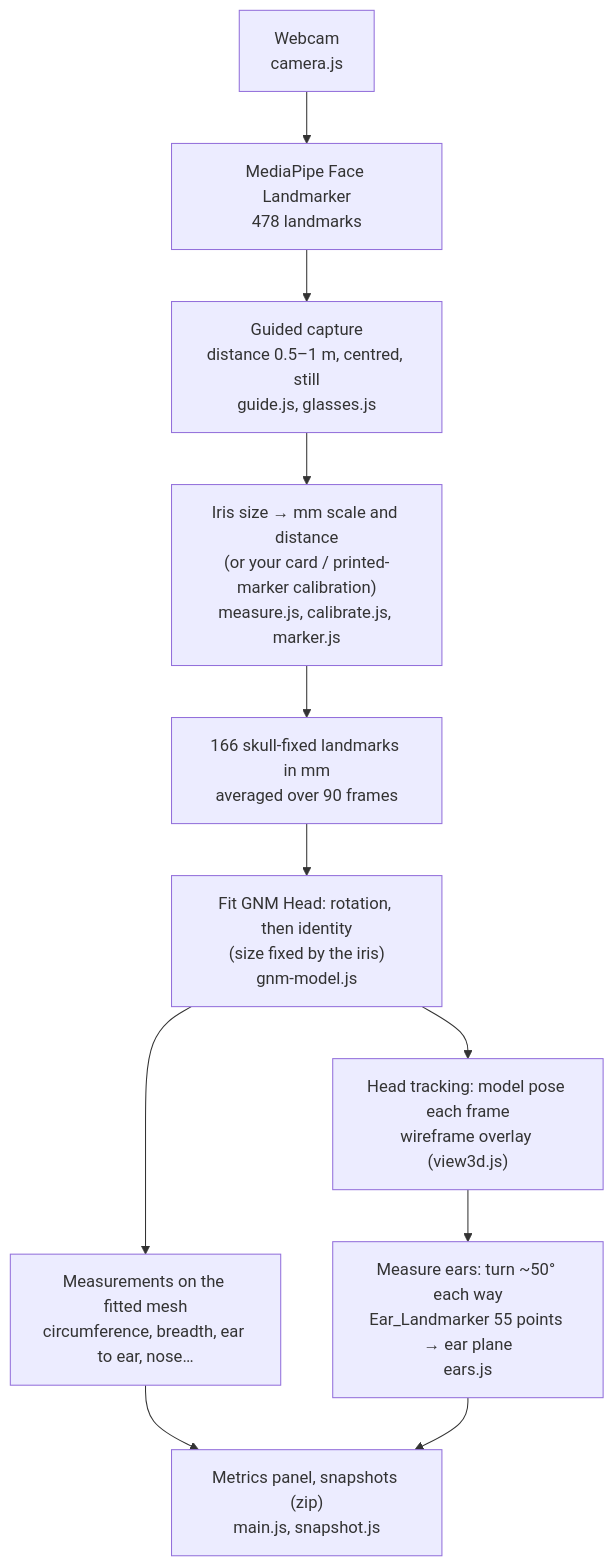
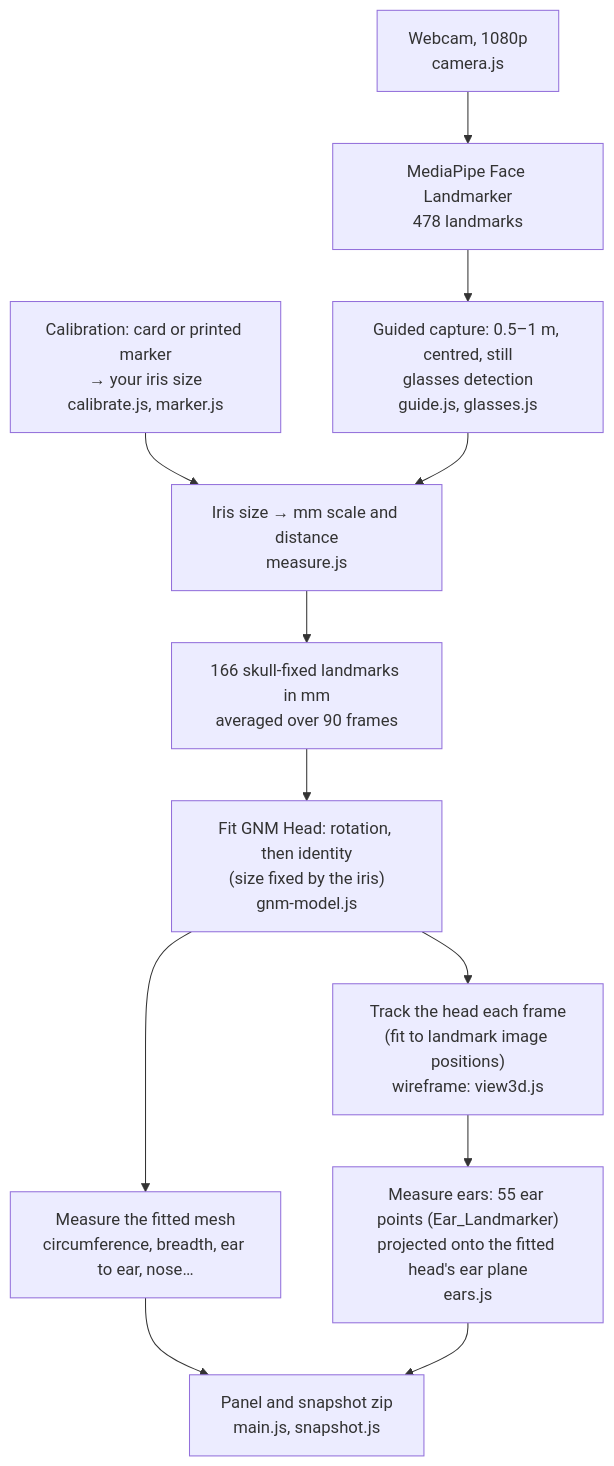
One commit to shameem4/headSize-gnm changed the diagram in README.md. Above: the diagram before and after it, drawn with Mermaid. The commit also changed other lines of this file and 14 other files, not shown here.

````diff
--- a/README.md
+++ b/README.md
@@ -24,13 +45,14 @@
 ```mermaid
 flowchart TD
-    CAM["Webcam<br/>camera.js"] --> MP["MediaPipe Face Landmarker<br/>478 landmarks"]
-    MP --> GUIDE["Guided capture<br/>distance 0.5–1 m, centred, still<br/>guide.js, glasses.js"]
-    GUIDE --> IRIS["Iris size → mm scale and distance<br/>(or your card / printed-marker calibration)<br/>measure.js, calibrate.js, marker.js"]
-    IRIS --> PTS["166 skull-fixed landmarks in mm<br/>averaged over 90 frames"]
+    CAM["Webcam, 1080p<br/>camera.js"] --> MP["MediaPipe Face Landmarker<br/>478 landmarks"]
+    MP --> GUIDE["Guided capture: 0.5–1 m, centred, still<br/>glasses detection<br/>guide.js, glasses.js"]
+    CAL["Calibration: card or printed marker<br/>→ your iris size<br/>calibrate.js, marker.js"] --> SCALE
+    GUIDE --> SCALE["Iris size → mm scale and distance<br/>measure.js"]
+    SCALE --> PTS["166 skull-fixed landmarks in mm<br/>averaged over 90 frames"]
     PTS --> FIT["Fit GNM Head: rotation, then identity<br/>(size fixed by the iris)<br/>gnm-model.js"]
-    FIT --> MEAS["Measurements on the fitted mesh<br/>circumference, breadth, ear to ear, nose…"]
-    FIT --> TRACK["Head tracking: model pose each frame<br/>wireframe overlay (view3d.js)"]
-    TRACK --> EARS["Measure ears: turn ~50° each way<br/>Ear_Landmarker 55 points → ear plane<br/>ears.js"]
-    MEAS --> PANEL["Metrics panel, snapshots (zip)<br/>main.js, snapshot.js"]
-    EARS --> PANEL
+    FIT --> MEAS["Measure the fitted mesh<br/>circumference, breadth, ear to ear, nose…"]
+    FIT --> TRACK["Track the head each frame<br/>(fit to landmark image positions)<br/>wireframe: view3d.js"]
+    TRACK --> EARS["Measure ears: 55 ear points (Ear_Landmarker)<br/>projected onto the fitted head's ear plane<br/>ears.js"]
+    MEAS --> OUT["Panel and snapshot zip<br/>main.js, snapshot.js"]
+    EARS --> OUT
 ```
````
